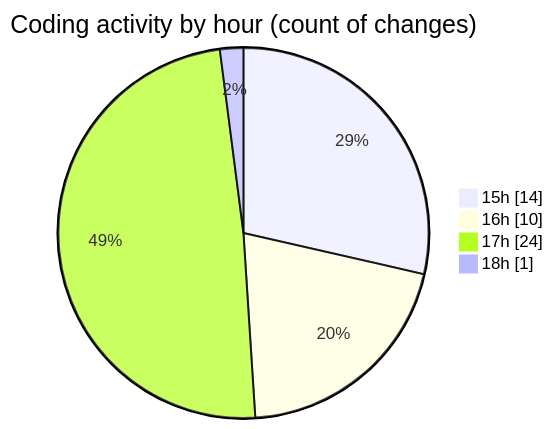
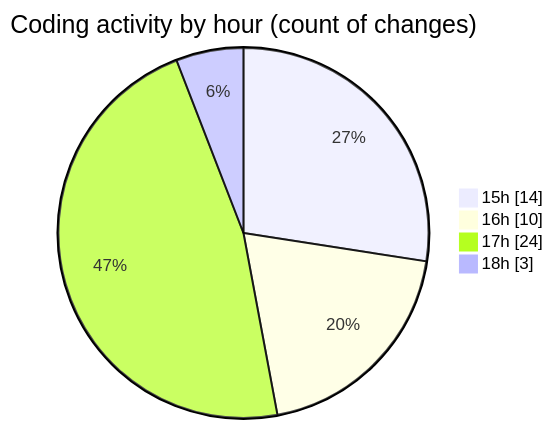
Before and after one commit to nxtqubesakshisongat/code-tracking: the second of 2 diagrams in 2026-03-23/nxtqube_webapp/README.md, drawn with Mermaid. The commit also changed other lines of this file and 1 other file, not shown here.

````diff
--- a/2026-03-23/nxtqube_webapp/README.md
+++ b/2026-03-23/nxtqube_webapp/README.md
@@ -32,8 +33,8 @@
 ```mermaid
 pie showData
 title Coding activity by hour (count of changes)
 "15h" : 14
 "16h" : 10
 "17h" : 24
-"18h" : 1
+"18h" : 3
 ```
````
